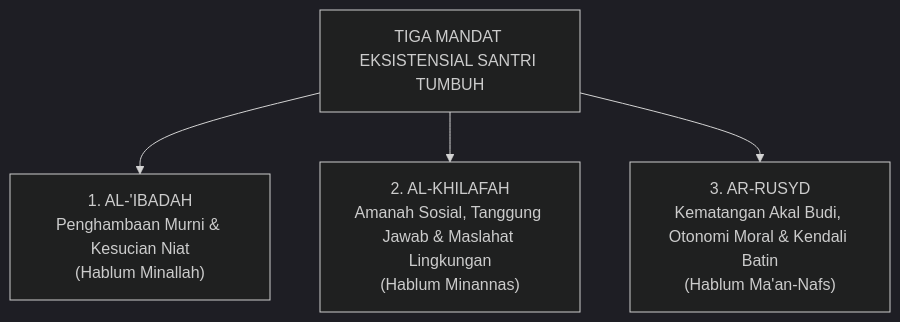
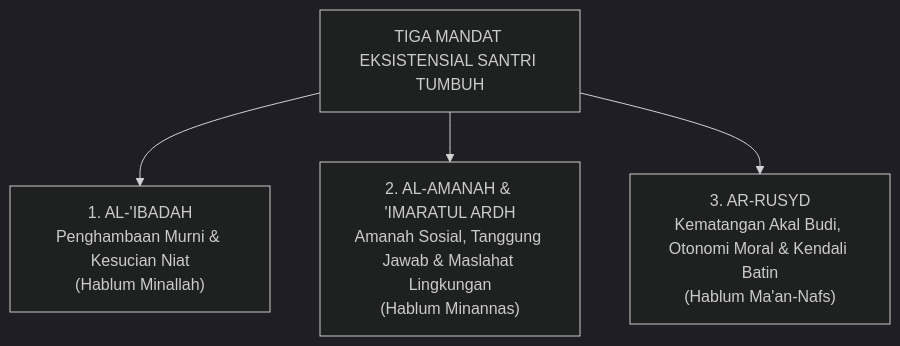
The sixth of 7 diagrams in BOOK Series 1/01-The-Fundamental-of-TUMBUH/BAGIAN-I/Bab-02-Pandangan-Alam-Islam-sebagai-Poros-Pendidikan.md (wandiapriliyandi/tumbuh), drawn with Mermaid (dark theme) before and after one commit. The commit also changed other lines of this file, not shown here.

Commit message:
refactor(book): replace khilafah and khalifah terms with amanah and imaratul ardh

````diff
--- a/BOOK Series 1/01-The-Fundamental-of-TUMBUH/BAGIAN-I/Bab-02-Pandangan-Alam-Islam-sebagai-Poros-Pendidikan.md
+++ b/BOOK Series 1/01-The-Fundamental-of-TUMBUH/BAGIAN-I/Bab-02-Pandangan-Alam-Islam-sebagai-Poros-Pendidikan.md
@@ -216,8 +216,8 @@
 ```mermaid
 graph TD
     M["TIGA MANDAT EKSISTENSIAL SANTRI TUMBUH"]
     
     M --> M1["1. AL-'IBADAH<br/>Penghambaan Murni & Kesucian Niat<br/>(Hablum Minallah)"]
-    M --> M2["2. AL-KHILAFAH<br/>Amanah Sosial, Tanggung Jawab & Maslahat Lingkungan<br/>(Hablum Minannas)"]
+    M --> M2["2. AL-AMANAH & 'IMARATUL ARDH<br/>Amanah Sosial, Tanggung Jawab & Maslahat Lingkungan<br/>(Hablum Minannas)"]
     M --> M3["3. AR-RUSYD<br/>Kematangan Akal Budi, Otonomi Moral & Kendali Batin<br/>(Hablum Ma'an-Nafs)"]
 ```
````
